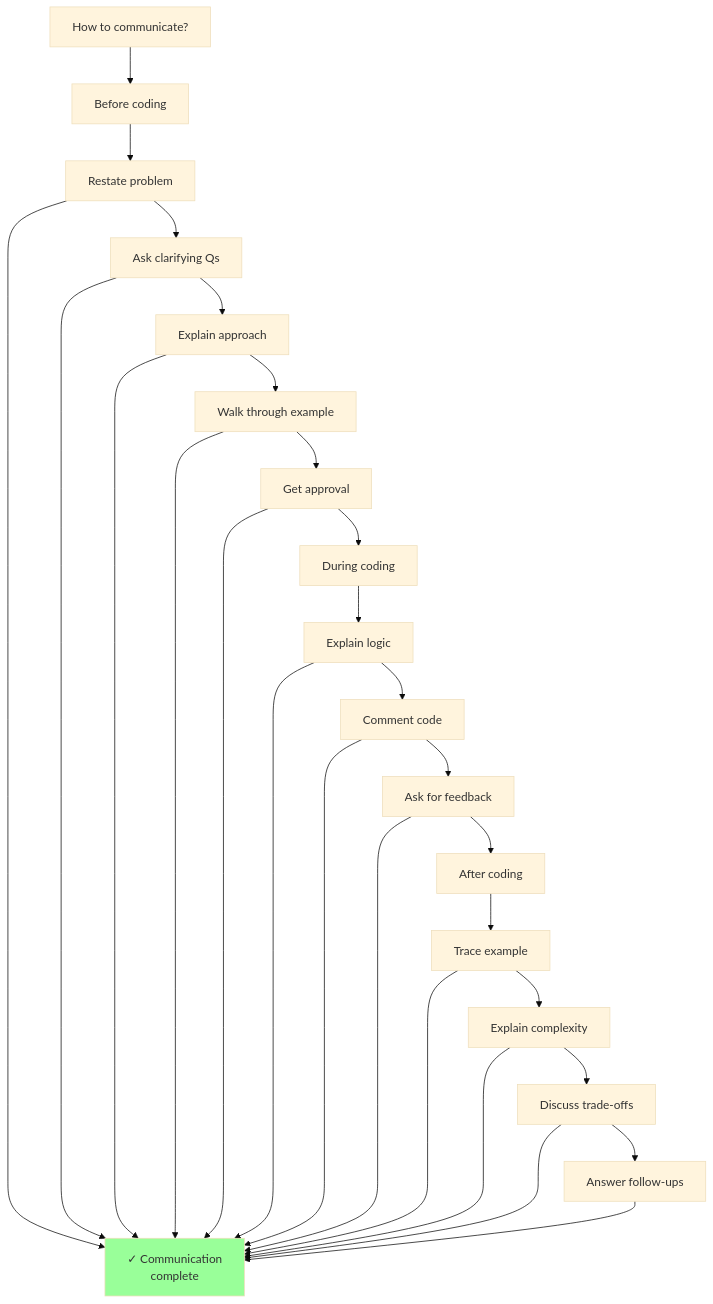
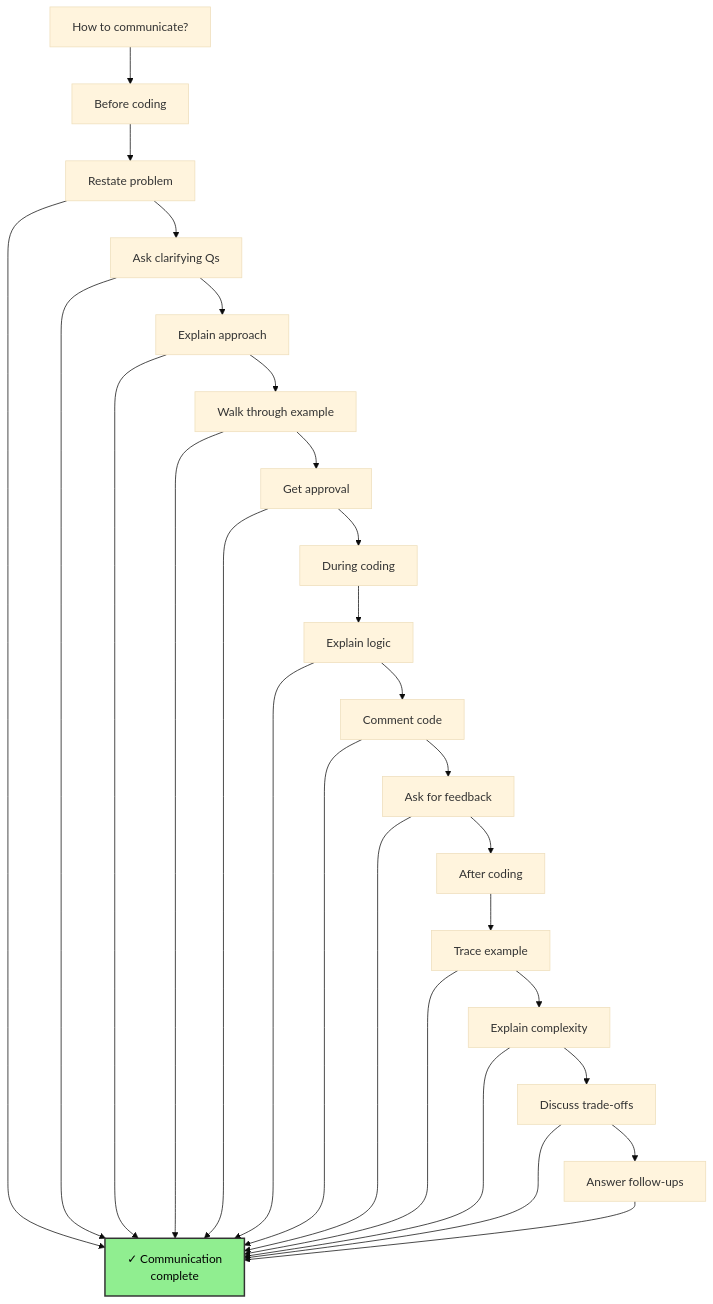
Before and after one commit to souradeepta/interviewprep: the fifth of 7 diagrams in docs/guides/problem_solving_flowchart.md, drawn with Mermaid (base theme). The commit also changed other lines of this file and 31 other files, not shown here.

Commit message:
updated graphs

````diff
--- a/docs/guides/problem_solving_flowchart.md
+++ b/docs/guides/problem_solving_flowchart.md
@@ -242,36 +242,36 @@
 ```mermaid
 graph TD
     A["How to communicate?"] --> B["Before coding"]
     
     B --> C["Restate problem"]
     C --> D["Ask clarifying Qs"]
     D --> E["Explain approach"]
     E --> F["Walk through example"]
     F --> G["Get approval"]
     
     G --> H["During coding"]
     H --> I["Explain logic"]
     I --> J["Comment code"]
     J --> K["Ask for feedback"]
     
     K --> L["After coding"]
     L --> M["Trace example"]
     M --> N["Explain complexity"]
     N --> O["Discuss trade-offs"]
     O --> P["Answer follow-ups"]
     
     C --> Q["✓ Communication<br/>complete"]
     D --> Q
     E --> Q
     F --> Q
     G --> Q
     I --> Q
     J --> Q
     K --> Q
     M --> Q
     N --> Q
     O --> Q
     P --> Q
     
-    style Q fill:#99ff99
+    style Q fill:#90ee90,color:#000,stroke:#333,stroke-width:2px
 ```
````
